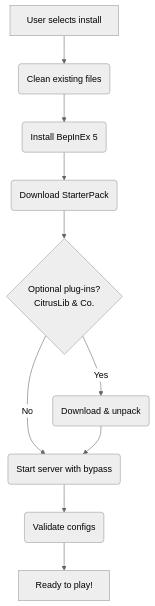
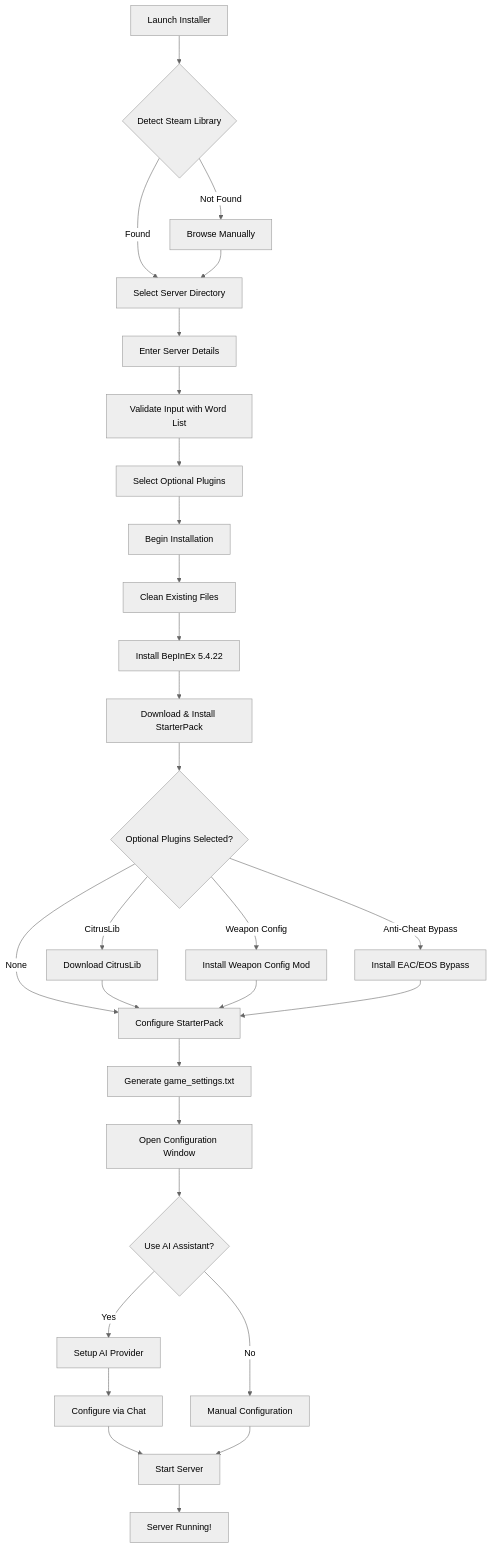
One commit to user1342554/TABG-Server-Installer changed the diagram in README.md. Above: the diagram before and after it, drawn with Mermaid (neutral theme). The commit also changed other lines of this file, not shown here.

Commit message:
Update README.md with new features, AI integration, weapon config, and comprehensive flowchart

````diff
--- a/README.md
+++ b/README.md
@@ -70,12 +127,37 @@
 ```mermaid
 flowchart TD
-    A[User selects install] --> B(Clean existing files)
-    B --> C(Install BepInEx 5)
-    C --> D(Download StarterPack)
-    D --> E{Optional plug‑ins?<br/>CitrusLib & Co.}
-    E -->|Yes| F(Download & unpack)
-    E -->|No| G
-    F --> G(Start server with bypass)
-    G --> H(Validate configs)
-    H --> I[Ready to play!]
+    A[Launch Installer] --> B{Detect Steam Library}
+    B -->|Found| C[Select Server Directory]
+    B -->|Not Found| D[Browse Manually]
+    D --> C
+    C --> E[Enter Server Details]
+    E --> F[Validate Input with Word List]
+    F --> G[Select Optional Plugins]
+    G --> H[Begin Installation]
+    
+    H --> I[Clean Existing Files]
+    I --> J[Install BepInEx 5.4.22]
+    J --> K[Download & Install StarterPack]
+    K --> L{Optional Plugins Selected?}
+    
+    L -->|CitrusLib| M1[Download CitrusLib]
+    L -->|Weapon Config| M2[Install Weapon Config Mod]
+    L -->|Anti-Cheat Bypass| M3[Install EAC/EOS Bypass]
+    L -->|None| N
+    
+    M1 --> N
+    M2 --> N
+    M3 --> N[Configure StarterPack]
+    
+    N --> O[Generate game_settings.txt]
+    O --> P[Open Configuration Window]
+    P --> Q{Use AI Assistant?}
+    
+    Q -->|Yes| R[Setup AI Provider]
+    R --> S[Configure via Chat]
+    Q -->|No| T[Manual Configuration]
+    
+    S --> U[Start Server]
+    T --> U
+    U --> V[Server Running!]
 ```
````
